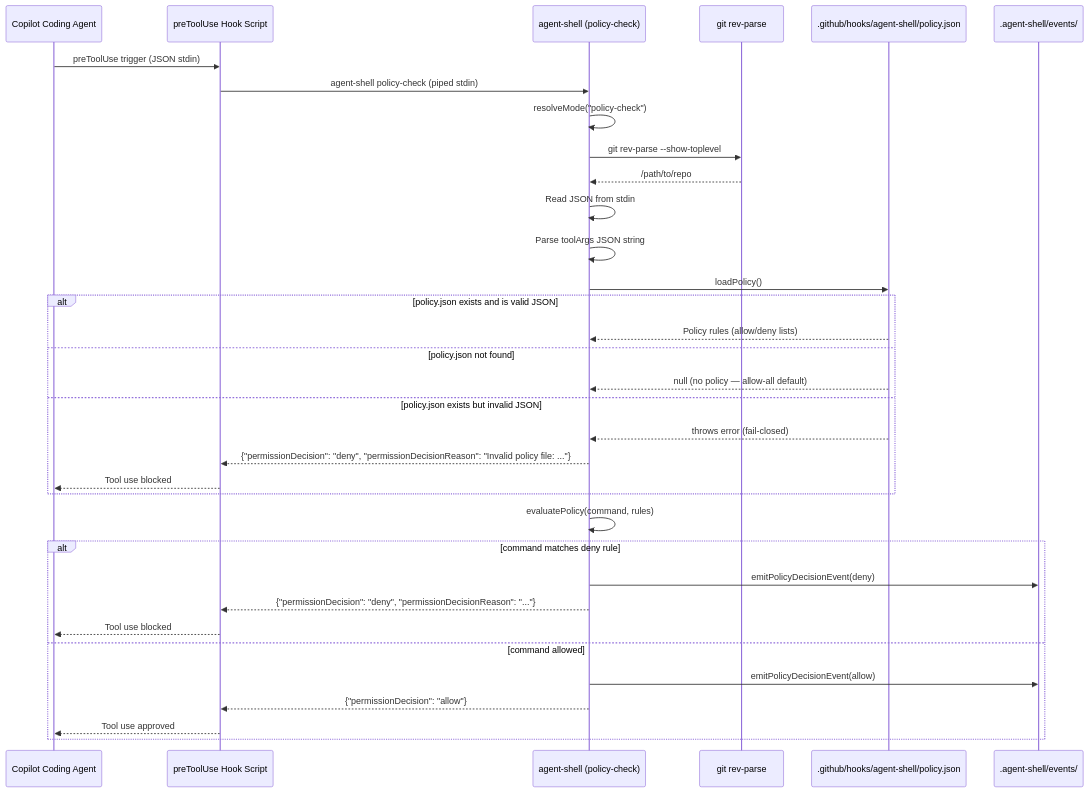
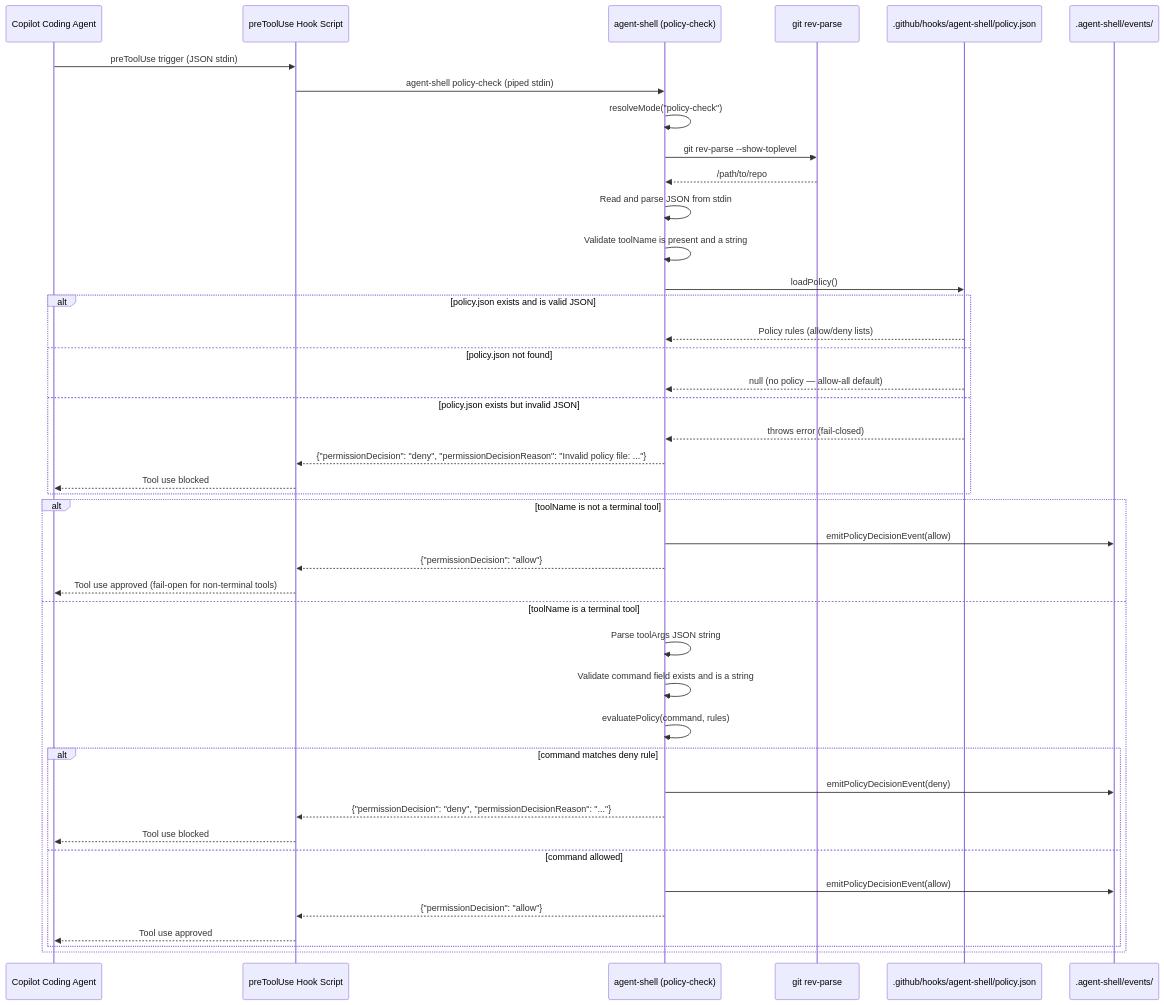
One commit to zpratt/lousy-agents changed the second of 2 diagrams in .github/specs/agent-shell-pre-tool-use-hook.spec.md. Above: the diagram before and after it, drawn with Mermaid. The commit also changed other lines of this file, not shown here.

Commit message:
docs(spec): address review feedback on path validation, policy resolution, and diagram order
- Use path.isAbsolute() instead of Unix-specific '/' check for cross-platform support
- Make explicit that AGENTSHELL_POLICY_PATH relative paths resolve relative to repo root
- Reorder sequence diagram to match Story 1 evaluation order (policy load before toolArgs parsing)

````diff
--- a/.github/specs/agent-shell-pre-tool-use-hook.spec.md
+++ b/.github/specs/agent-shell-pre-tool-use-hook.spec.md
@@ -285,40 +285,49 @@
 ```mermaid
 sequenceDiagram
     participant Agent as Copilot Coding Agent
     participant Hook as preToolUse Hook Script
     participant AS as agent-shell (policy-check)
     participant Git as git rev-parse
     participant Policy as .github/hooks/agent-shell/policy.json
     participant Events as .agent-shell/events/
 
     Agent->>Hook: preToolUse trigger (JSON stdin)
     Hook->>AS: agent-shell policy-check (piped stdin)
     AS->>AS: resolveMode("policy-check")
     AS->>Git: git rev-parse --show-toplevel
     Git-->>AS: /path/to/repo
-    AS->>AS: Read JSON from stdin
-    AS->>AS: Parse toolArgs JSON string
+    AS->>AS: Read and parse JSON from stdin
+    AS->>AS: Validate toolName is present and a string
+
     AS->>Policy: loadPolicy()
 
     alt policy.json exists and is valid JSON
         Policy-->>AS: Policy rules (allow/deny lists)
     else policy.json not found
         Policy-->>AS: null (no policy — allow-all default)
     else policy.json exists but invalid JSON
         Policy-->>AS: throws error (fail-closed)
         AS-->>Hook: {"permissionDecision": "deny", "permissionDecisionReason": "Invalid policy file: ..."}
         Hook-->>Agent: Tool use blocked
     end
 
-    AS->>AS: evaluatePolicy(command, rules)
-
-    alt command matches deny rule
-        AS->>Events: emitPolicyDecisionEvent(deny)
-        AS-->>Hook: {"permissionDecision": "deny", "permissionDecisionReason": "..."}
-        Hook-->>Agent: Tool use blocked
-    else command allowed
+    alt toolName is not a terminal tool
         AS->>Events: emitPolicyDecisionEvent(allow)
         AS-->>Hook: {"permissionDecision": "allow"}
-        Hook-->>Agent: Tool use approved
+        Hook-->>Agent: Tool use approved (fail-open for non-terminal tools)
+    else toolName is a terminal tool
+        AS->>AS: Parse toolArgs JSON string
+        AS->>AS: Validate command field exists and is a string
+        AS->>AS: evaluatePolicy(command, rules)
+
+        alt command matches deny rule
+            AS->>Events: emitPolicyDecisionEvent(deny)
+            AS-->>Hook: {"permissionDecision": "deny", "permissionDecisionReason": "..."}
+            Hook-->>Agent: Tool use blocked
+        else command allowed
+            AS->>Events: emitPolicyDecisionEvent(allow)
+            AS-->>Hook: {"permissionDecision": "allow"}
+            Hook-->>Agent: Tool use approved
+        end
     end
 ```
````
